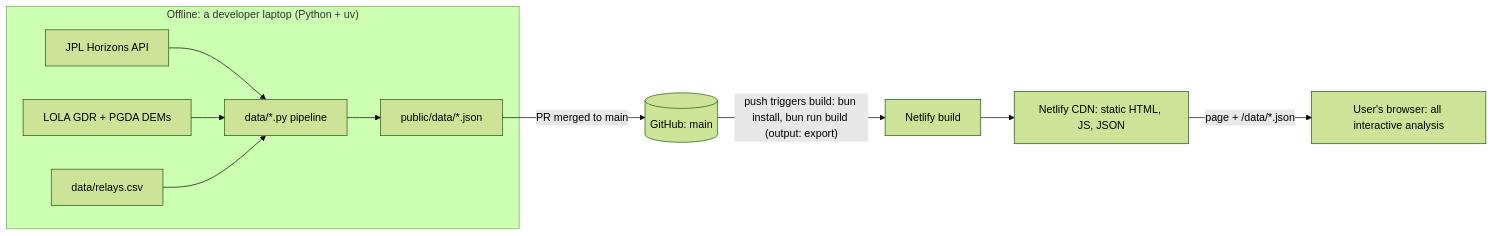
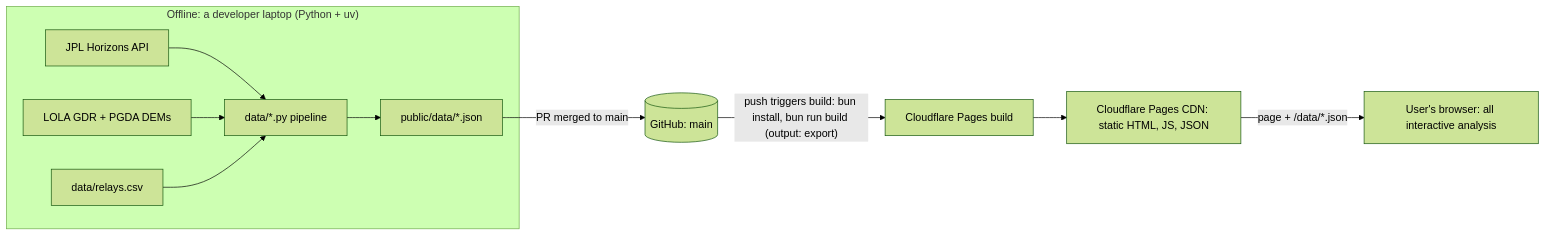
Before and after one commit to Vathys/space-apps-2026: the first of 7 diagrams in docs/architecture.md, drawn with Mermaid (forest theme). The commit also changed other lines of this file and 12 other files, not shown here.

First line of the commit message:
chore: move hosting to Cloudflare Pages (#74)

````diff
--- a/docs/architecture.md
+++ b/docs/architecture.md
@@ -28,13 +28,13 @@
 ```mermaid
 flowchart LR
   subgraph OFF["Offline: a developer laptop (Python + uv)"]
     HZ["JPL Horizons API"] --> PY["data/*.py pipeline"]
     DEM["LOLA GDR + PGDA DEMs"] --> PY
     REL["data/relays.csv"] --> PY
     PY --> OUT["public/data/*.json"]
   end
   OUT -->|"PR merged to main"| GH[("GitHub: main")]
-  GH -->|"push triggers build: bun install, bun run build (output: export)"| VB["Netlify build"]
-  VB --> CDN["Netlify CDN: static HTML, JS, JSON"]
+  GH -->|"push triggers build: bun install, bun run build (output: export)"| VB["Cloudflare Pages build"]
+  VB --> CDN["Cloudflare Pages CDN: static HTML, JS, JSON"]
   CDN -->|"page + /data/*.json"| BR["User's browser: all interactive analysis"]
 ```
````
